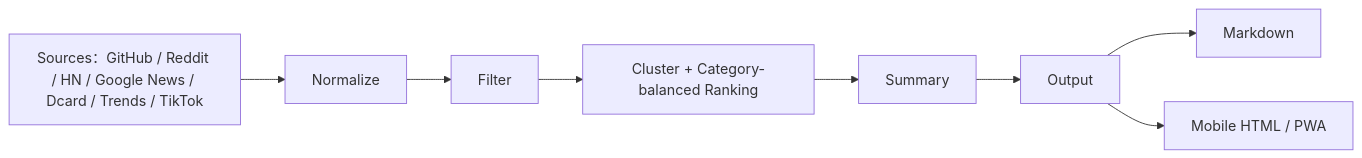
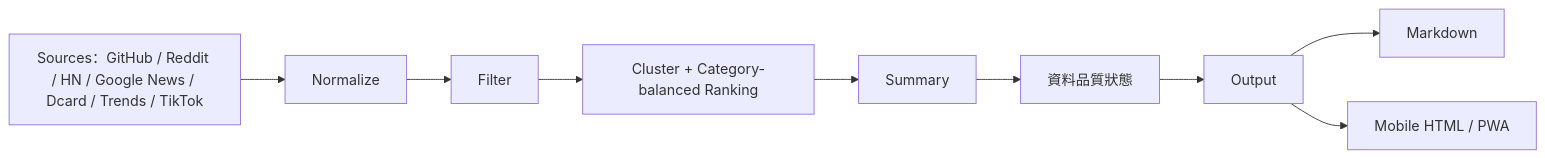
Before and after one commit to dat5512999-bit/daily-intelligence-hub: the diagram in docs/ARCHITECTURE.md, drawn with Mermaid. The commit also changed other lines of this file and 47 other files, not shown here.

````diff
--- a/docs/ARCHITECTURE.md
+++ b/docs/ARCHITECTURE.md
@@ -3,10 +3,11 @@
 ```mermaid
 flowchart LR
   Sources["Sources：GitHub / Reddit / HN / Google News / Dcard / Trends / TikTok"] --> Normalize
   Normalize --> Filter
   Filter --> ClusterRanking["Cluster + Category-balanced Ranking"]
   ClusterRanking --> Summary
-  Summary --> Output
+  Summary --> HealthCheck["資料品質狀態"]
+  HealthCheck --> Output
   Output --> Markdown
   Output --> HtmlPreview["Mobile HTML / PWA"]
 ```
````
